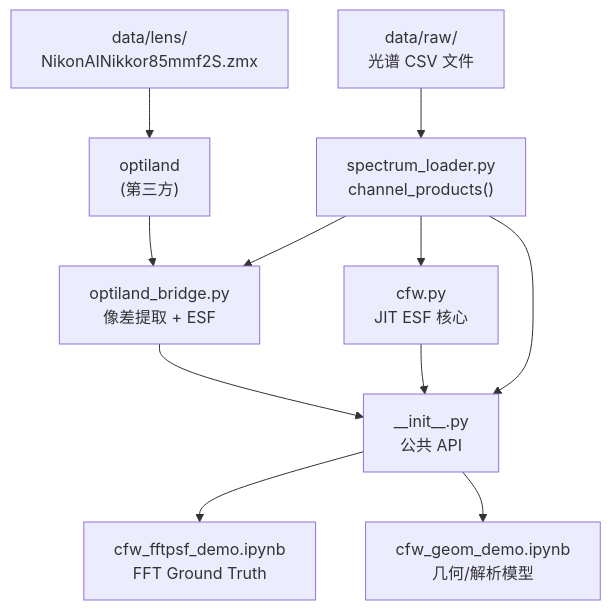
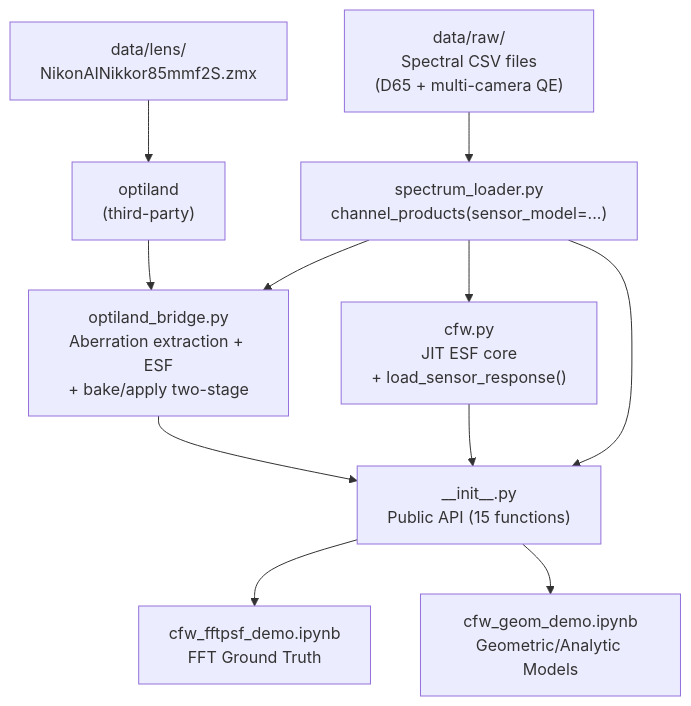
The first of 2 diagrams in ChromFringe_Report.md (Leyangf/ColorFringeCalculation), drawn with Mermaid before and after one commit. The commit also changed other lines of this file and 5 other files, not shown here.

First line of the commit message:
Update sensor model references from "nikond700" to "sonya900"

````diff
--- a/ChromFringe_Report.md
+++ b/ChromFringe_Report.md
@@ -113,23 +114,23 @@
 ```mermaid
 graph TD
     ZMX["data/lens/\nNikonAINikkor85mmf2S.zmx"]
-    CSV["data/raw/\n光谱 CSV 文件"]
-    SL["spectrum_loader.py\nchannel_products()"]
-    OB["optiland_bridge.py\n像差提取 + ESF"]
-    CFW["cfw.py\nJIT ESF 核心"]
-    INIT["__init__.py\n公共 API"]
+    CSV["data/raw/\nSpectral CSV files\n(D65 + multi-camera QE)"]
+    SL["spectrum_loader.py\nchannel_products(sensor_model=...)"]
+    OB["optiland_bridge.py\nAberration extraction + ESF\n+ bake/apply two-stage"]
+    CFW["cfw.py\nJIT ESF core\n+ load_sensor_response()"]
+    INIT["__init__.py\nPublic API (15 functions)"]
     NB1["cfw_fftpsf_demo.ipynb\nFFT Ground Truth"]
-    NB2["cfw_geom_demo.ipynb\n几何/解析模型"]
-    OPT["optiland\n(第三方)"]
+    NB2["cfw_geom_demo.ipynb\nGeometric/Analytic Models"]
+    OPT["optiland\n(third-party)"]
 
     CSV --> SL
     ZMX --> OPT
     OPT --> OB
     SL --> OB
     SL --> CFW
     OB --> INIT
     CFW --> INIT
     SL --> INIT
     INIT --> NB1
     INIT --> NB2
 ```
````
